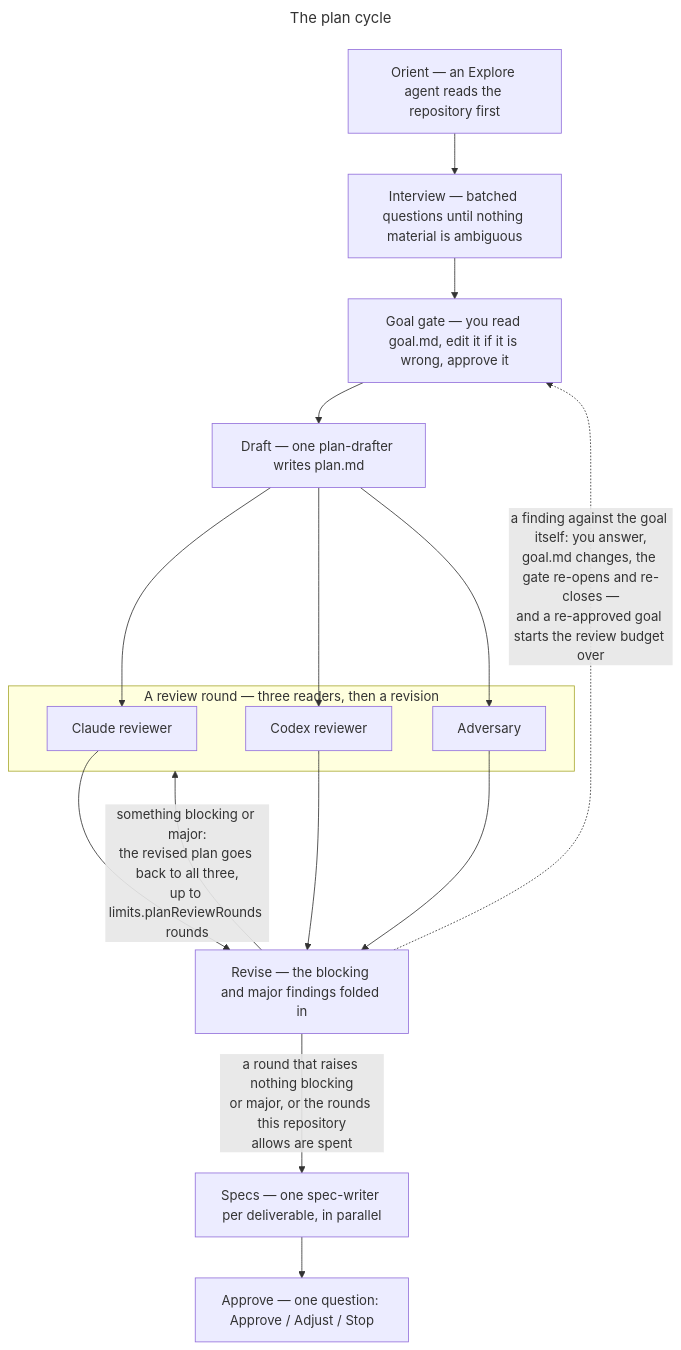
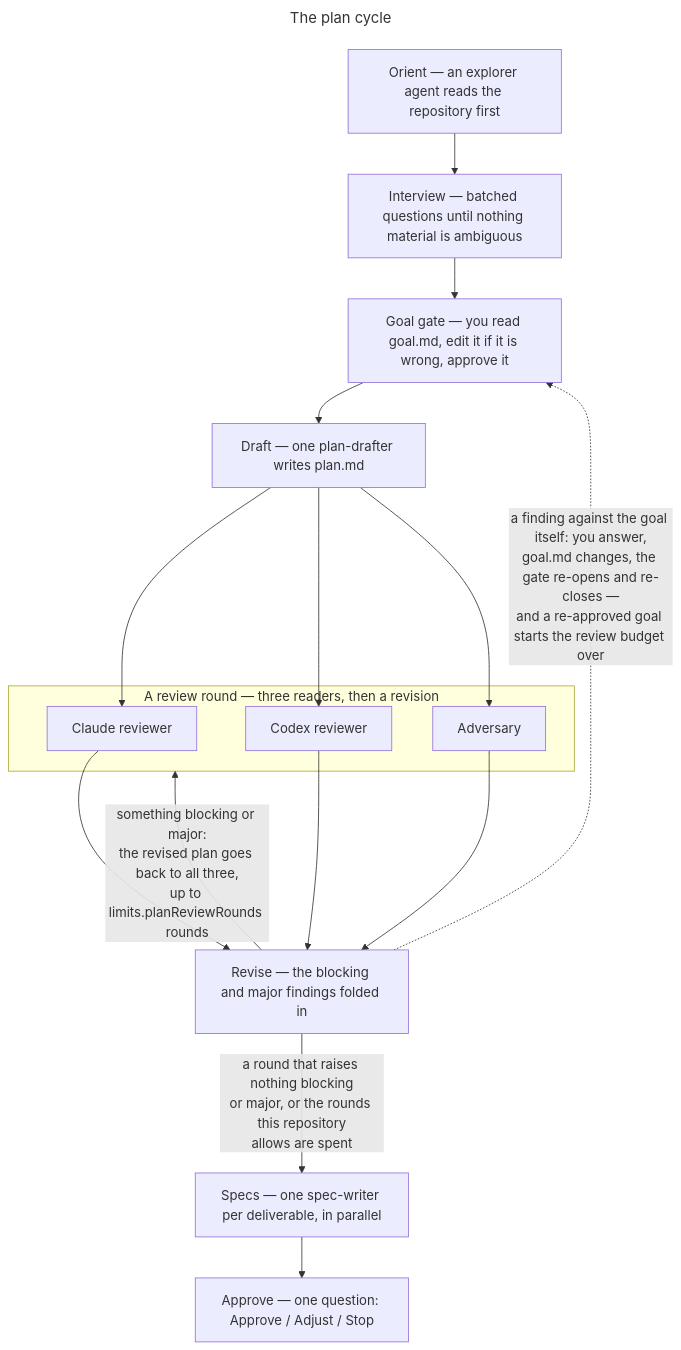
The second of 4 diagrams in README.md (Smiley73/tagteam), drawn with Mermaid before and after one commit. The commit also changed 57 other files, not shown here.

````diff
--- a/README.md
+++ b/README.md
@@ -56,35 +56,35 @@
 ```mermaid
 ---
 title: The plan cycle
 ---
 flowchart TD
-    orient["Orient — an Explore agent reads the repository first"]
+    orient["Orient — an explorer agent reads the repository first"]
     interview["Interview — batched questions until nothing material is ambiguous"]
     goal["Goal gate — you read goal.md, edit it if it is wrong, approve it"]
     draft["Draft — one plan-drafter writes plan.md"]
     claude["Claude reviewer"]
     codex["Codex reviewer"]
     adversary["Adversary"]
     revise["Revise — the blocking and major findings folded in"]
     specs["Specs — one spec-writer per deliverable, in parallel"]
     approve["Approve — one question: Approve / Adjust / Stop"]
 
     orient --> interview
     interview --> goal
     goal --> draft
     subgraph review["A review round — three readers, then a revision"]
         claude
         codex
         adversary
     end
     draft --> claude
     draft --> codex
     draft --> adversary
     claude --> revise
     codex --> revise
     adversary --> revise
     revise -->|"something blocking or major:<br>the revised plan goes back to all three,<br>up to limits.planReviewRounds rounds"| review
     revise -. "a finding against the goal itself: you answer,<br>goal.md changes, the gate re-opens and re-closes —<br>and a re-approved goal starts the review budget over" .-> goal
     revise -->|"a round that raises nothing blocking<br>or major, or the rounds this repository<br>allows are spent"| specs
     specs --> approve
 ```
````
